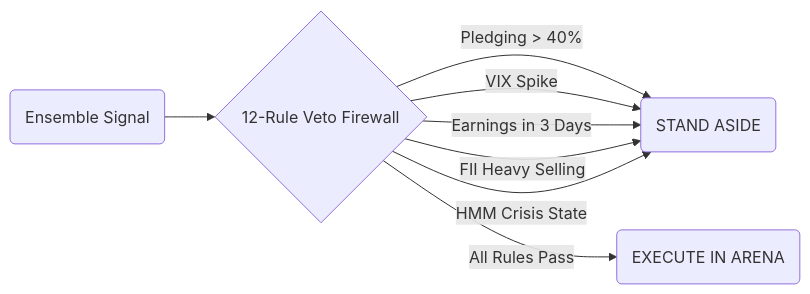
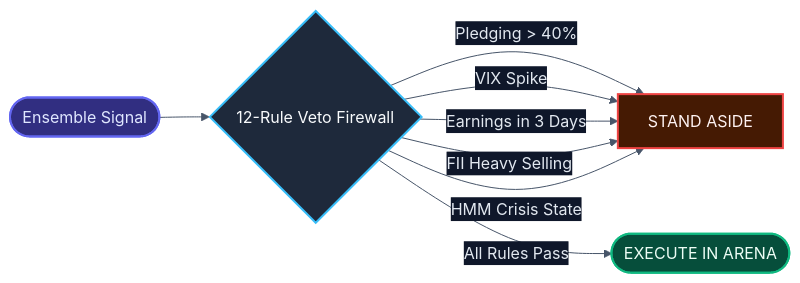
The fourth of 5 diagrams in README.md (SaiSiddharthBS/MarketAnalyser), drawn with Mermaid before and after one commit. The commit also changed other lines of this file, not shown here.

Commit message:
docs: Fix mermaid diagram text clipping and apply custom styling to all diagrams

````diff
--- a/README.md
+++ b/README.md
@@ -292,10 +312,22 @@
 ```mermaid
+%%{init: {'theme': 'base', 'themeVariables': { 'primaryColor': '#1a1a2e', 'primaryTextColor': '#e2e8f0', 'primaryBorderColor': '#38bdf8', 'lineColor': '#475569', 'secondaryColor': '#0f172a', 'tertiaryColor': '#1e293b'}}}%%
 flowchart LR
-    Signal(Ensemble Signal) --> Veto{12-Rule Veto Firewall}
-    Veto -->|"Pledging > 40%"| Block(STAND ASIDE)
+    Signal(["Ensemble Signal"]) --> Veto{"12-Rule Veto Firewall"}
+    Veto -->|"Pledging > 40%"| Block["STAND ASIDE"]
     Veto -->|"VIX Spike"| Block
     Veto -->|"Earnings in 3 Days"| Block
     Veto -->|"FII Heavy Selling"| Block
     Veto -->|"HMM Crisis State"| Block
-    Veto -->|"All Rules Pass"| Exec(EXECUTE IN ARENA)
+    Veto -->|"All Rules Pass"| Exec(["EXECUTE IN ARENA"])
+
+    classDef default fill:#0f172a,stroke:#334155,stroke-width:2px,color:#e2e8f0;
+    classDef decision fill:#1e293b,stroke:#38bdf8,stroke-width:2px,color:#f8fafc;
+    classDef block fill:#451a03,stroke:#ef4444,stroke-width:2px,color:#fef2f2;
+    classDef exec fill:#064e3b,stroke:#10b981,stroke-width:2px,color:#ecfdf5;
+    classDef signal fill:#312e81,stroke:#6366f1,stroke-width:2px,color:#e0e7ff;
+
+    class Signal signal;
+    class Veto decision;
+    class Block block;
+    class Exec exec;
 ```
````
